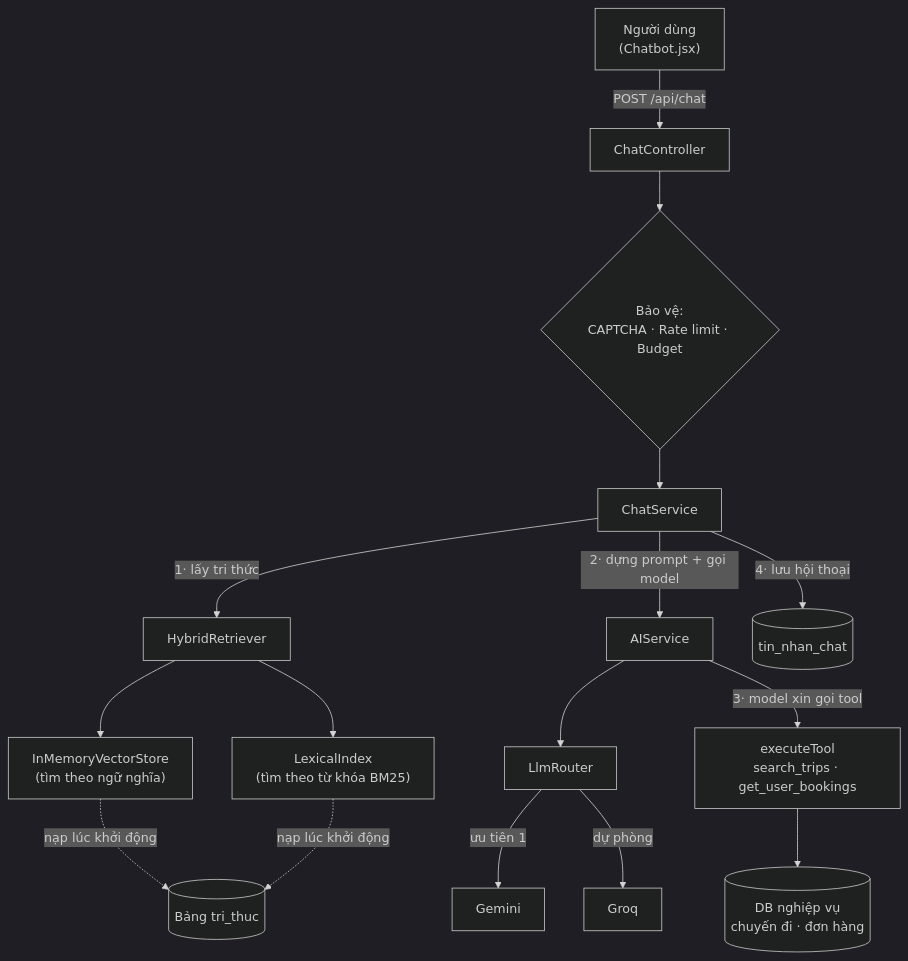
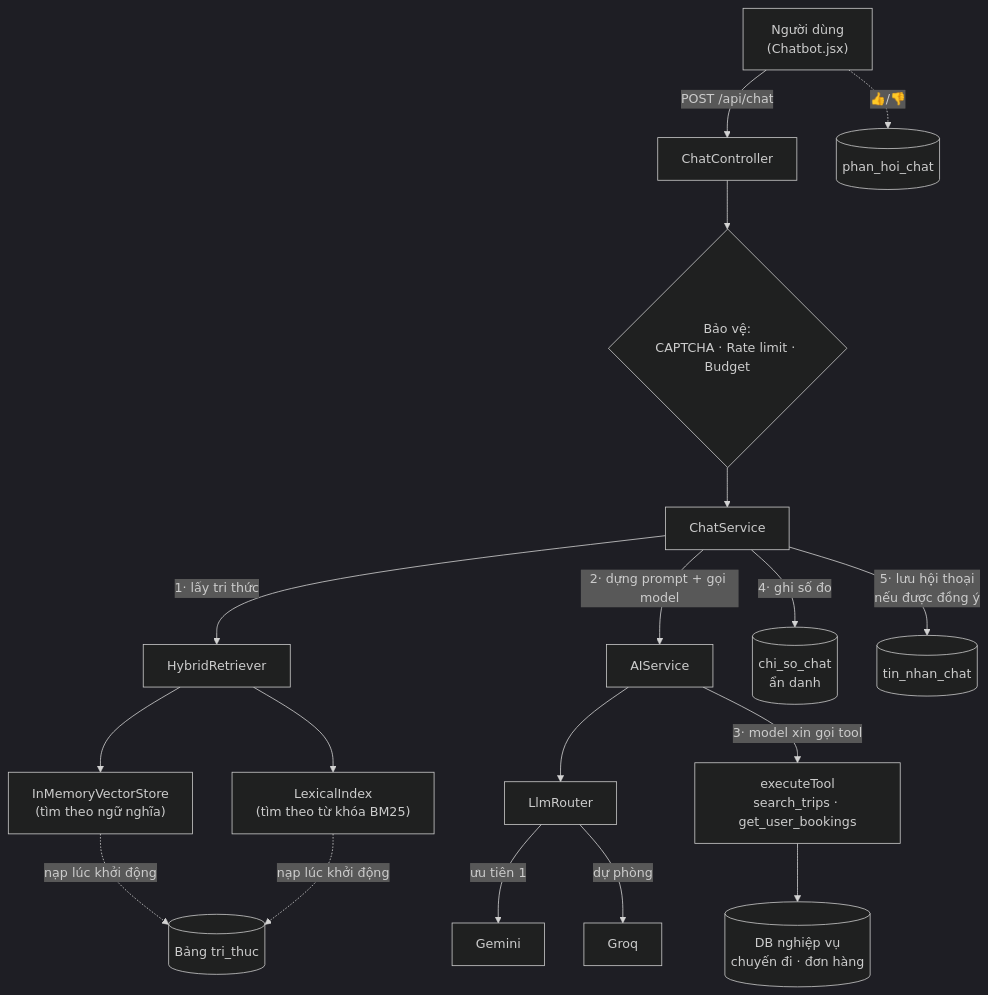
The first of 8 diagrams in docs/CHATBOT_AI.md (CaoDuyTung86/VigoTrip), drawn with Mermaid (dark theme) before and after one commit. The commit also changed other lines of this file and 4 other files, not shown here.

````diff
--- a/docs/CHATBOT_AI.md
+++ b/docs/CHATBOT_AI.md
@@ -56,22 +61,24 @@
 ```mermaid
 flowchart TB
     U["Người dùng<br/>(Chatbot.jsx)"] -->|"POST /api/chat"| C[ChatController]
     C --> G{"Bảo vệ:<br/>CAPTCHA · Rate limit · Budget"}
     G --> S[ChatService]
 
     S -->|"1· lấy tri thức"| HR[HybridRetriever]
     HR --> VS["InMemoryVectorStore<br/>(tìm theo ngữ nghĩa)"]
     HR --> LI["LexicalIndex<br/>(tìm theo từ khóa BM25)"]
     VS -.->|"nạp lúc khởi động"| DB[("Bảng tri_thuc")]
     LI -.->|"nạp lúc khởi động"| DB
 
     S -->|"2· dựng prompt + gọi model"| AI[AIService]
     AI --> R[LlmRouter]
     R -->|"ưu tiên 1"| P1["Gemini"]
     R -->|"dự phòng"| P2["Groq"]
 
     AI -->|"3· model xin gọi tool"| T["executeTool<br/>search_trips · get_user_bookings"]
     T --> DB2[("DB nghiệp vụ<br/>chuyến đi · đơn hàng")]
 
-    S -->|"4· lưu hội thoại"| H[("tin_nhan_chat")]
+    S -->|"4· ghi số đo"| MT[("chi_so_chat<br/>ẩn danh")]
+    S -->|"5· lưu hội thoại<br/>nếu được đồng ý"| H[("tin_nhan_chat")]
+    U -.->|"👍/👎"| FB[("phan_hoi_chat")]
 ```
````
